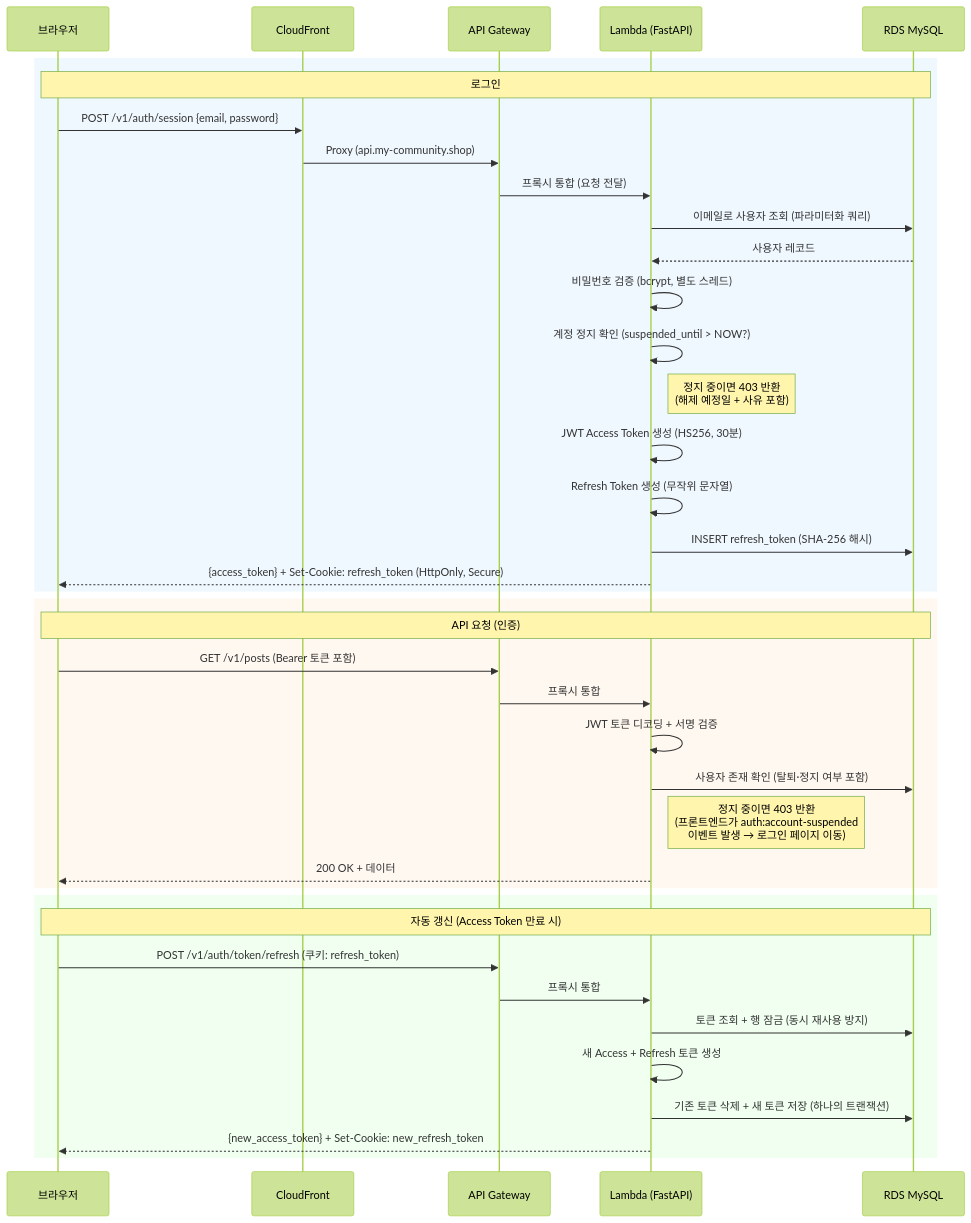
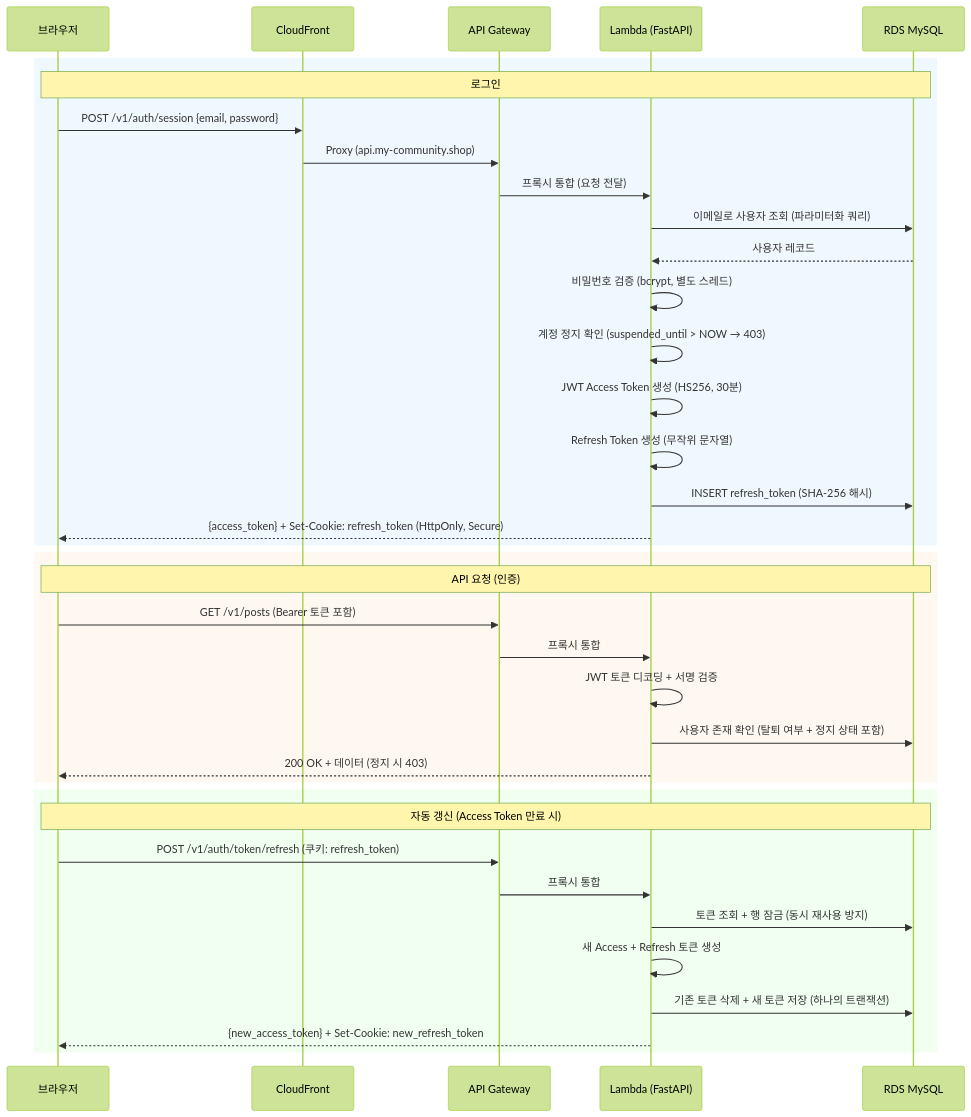
Before and after one commit to 80-hours-a-week/2-cho-community-infra: the sixth of 18 diagrams in report.md, drawn with Mermaid (forest theme). The commit also changed other lines of this file and 2 other files, not shown here.

````diff
--- a/report.md
+++ b/report.md
@@ -333,44 +339,42 @@
 ```mermaid
 sequenceDiagram
     participant Client as 브라우저
     participant CF as CloudFront
     participant APIGW as API Gateway
     participant Lambda as Lambda (FastAPI)
     participant RDS as RDS MySQL
 
     rect rgb(240, 248, 255)
         Note over Client,RDS: 로그인
         Client->>CF: POST /v1/auth/session {email, password}
         CF->>APIGW: Proxy (api.my-community.shop)
         APIGW->>Lambda: 프록시 통합 (요청 전달)
         Lambda->>RDS: 이메일로 사용자 조회 (파라미터화 쿼리)
         RDS-->>Lambda: 사용자 레코드
         Lambda->>Lambda: 비밀번호 검증 (bcrypt, 별도 스레드)
-        Lambda->>Lambda: 계정 정지 확인 (suspended_until > NOW?)
-        Note right of Lambda: 정지 중이면 403 반환<br/>(해제 예정일 + 사유 포함)
+        Lambda->>Lambda: 계정 정지 확인 (suspended_until > NOW → 403)
         Lambda->>Lambda: JWT Access Token 생성 (HS256, 30분)
         Lambda->>Lambda: Refresh Token 생성 (무작위 문자열)
         Lambda->>RDS: INSERT refresh_token (SHA-256 해시)
         Lambda-->>Client: {access_token} + Set-Cookie: refresh_token (HttpOnly, Secure)
     end
 
     rect rgb(255, 248, 240)
         Note over Client,RDS: API 요청 (인증)
         Client->>APIGW: GET /v1/posts (Bearer 토큰 포함)
         APIGW->>Lambda: 프록시 통합
         Lambda->>Lambda: JWT 토큰 디코딩 + 서명 검증
-        Lambda->>RDS: 사용자 존재 확인 (탈퇴·정지 여부 포함)
-        Note right of Lambda: 정지 중이면 403 반환<br/>(프론트엔드가 auth:account-suspended<br/>이벤트 발생 → 로그인 페이지 이동)
-        Lambda-->>Client: 200 OK + 데이터
+        Lambda->>RDS: 사용자 존재 확인 (탈퇴 여부 + 정지 상태 포함)
+        Lambda-->>Client: 200 OK + 데이터 (정지 시 403)
     end
 
     rect rgb(240, 255, 240)
         Note over Client,RDS: 자동 갱신 (Access Token 만료 시)
         Client->>APIGW: POST /v1/auth/token/refresh (쿠키: refresh_token)
         APIGW->>Lambda: 프록시 통합
         Lambda->>RDS: 토큰 조회 + 행 잠금 (동시 재사용 방지)
         Lambda->>Lambda: 새 Access + Refresh 토큰 생성
         Lambda->>RDS: 기존 토큰 삭제 + 새 토큰 저장 (하나의 트랜잭션)
         Lambda-->>Client: {new_access_token} + Set-Cookie: new_refresh_token
     end
 ```
````
